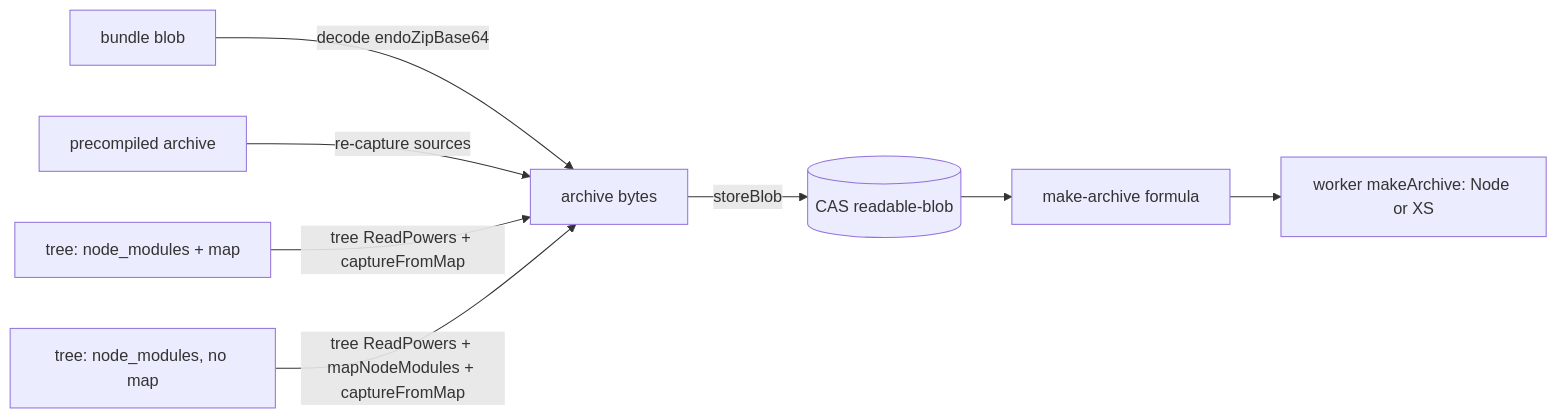
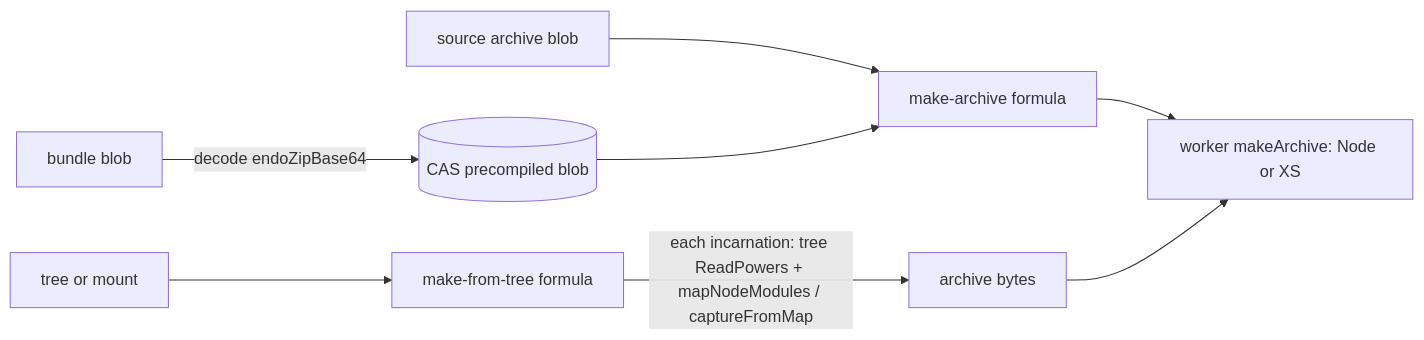
Before and after one commit to endojs/endo-but-for-bots: the diagram in designs/agent-confined-application-makers.md, drawn with Mermaid. The commit also changed other lines of this file, not shown here.

````diff
--- a/designs/agent-confined-application-makers.md
+++ b/designs/agent-confined-application-makers.md
@@ -54,10 +66,10 @@
 ```mermaid
 flowchart LR
-  B[bundle blob] -->|decode endoZipBase64| A[archive bytes]
-  P[precompiled archive] -->|re-capture sources| A
-  T1[tree: node_modules + map] -->|tree ReadPowers + captureFromMap| A
-  T2[tree: node_modules, no map] -->|tree ReadPowers + mapNodeModules + captureFromMap| A
-  A -->|storeBlob| C[(CAS readable-blob)]
-  C --> M[make-archive formula]
-  M --> W[worker makeArchive: Node or XS]
+  A[source archive blob] --> MA[make-archive formula]
+  B[bundle blob] -->|decode endoZipBase64| PB[(CAS precompiled blob)]
+  PB --> MA
+  T[tree or mount] --> MT[make-from-tree formula]
+  MT -->|each incarnation: tree ReadPowers + mapNodeModules / captureFromMap| AB[archive bytes]
+  MA --> W[worker makeArchive: Node or XS]
+  AB --> W
 ```
````
